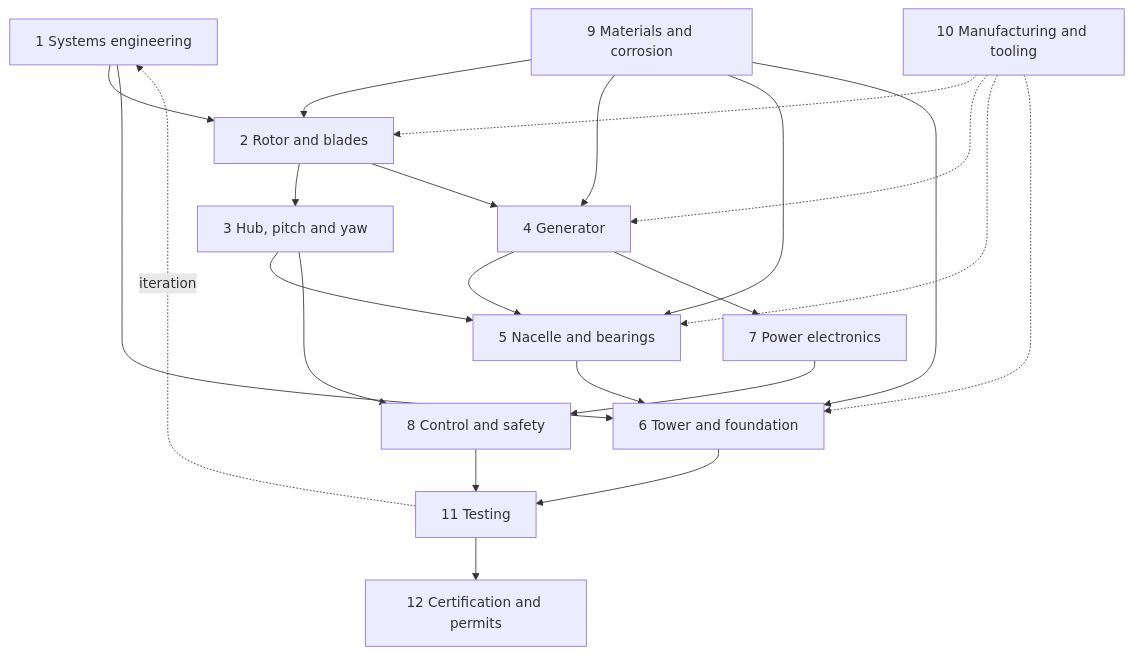
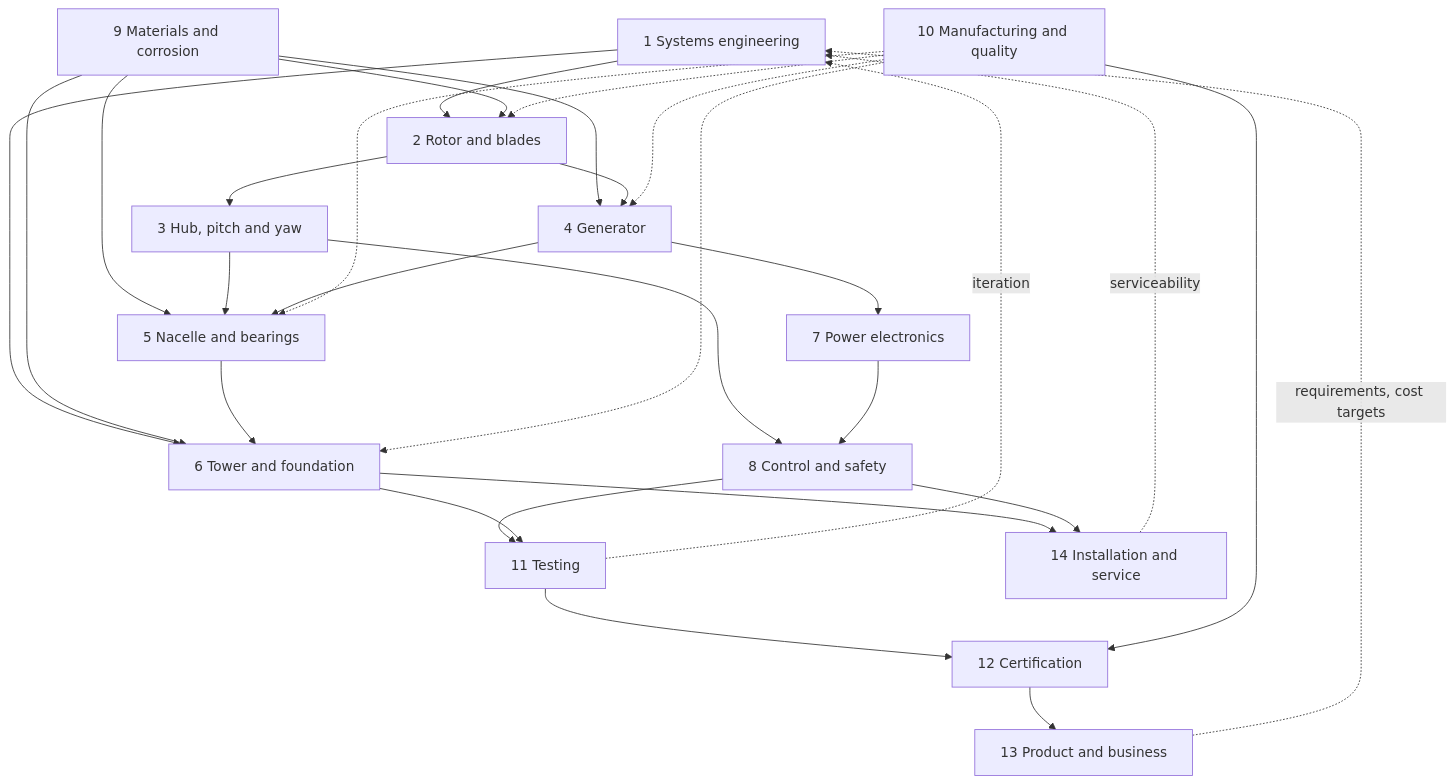
The diagram in docs/01-project-categories.md (safarcikm/Wind-turbines), drawn with Mermaid before and after one commit. The commit also changed other lines of this file, not shown here.

First line of the commit message:
Revise categories for a certified product covering all sites and uses

````diff
--- a/docs/01-project-categories.md
+++ b/docs/01-project-categories.md
@@ -308,25 +394,31 @@
 ```mermaid
 flowchart TD
     C1[1 Systems engineering] --> C2[2 Rotor and blades]
     C1 --> C6[6 Tower and foundation]
     C9[9 Materials and corrosion] --> C2
     C9 --> C4
     C9 --> C5
     C9 --> C6
     C2 --> C3[3 Hub, pitch and yaw]
     C2 --> C4[4 Generator]
     C3 --> C5[5 Nacelle and bearings]
     C4 --> C5
     C4 --> C7[7 Power electronics]
     C5 --> C6
     C3 --> C8[8 Control and safety]
     C7 --> C8
-    C10[10 Manufacturing and tooling] -.-> C2
+    C10[10 Manufacturing and quality] -.-> C2
     C10 -.-> C4
     C10 -.-> C5
     C10 -.-> C6
     C8 --> C11[11 Testing]
     C6 --> C11
-    C11 --> C12[12 Certification and permits]
+    C11 --> C12[12 Certification]
+    C10 --> C12
     C11 -.->|iteration| C1
+    C12 --> C13[13 Product and business]
+    C13 -.->|requirements, cost targets| C1
+    C6 --> C14[14 Installation and service]
+    C8 --> C14
+    C14 -.->|serviceability| C1
 ```
````
